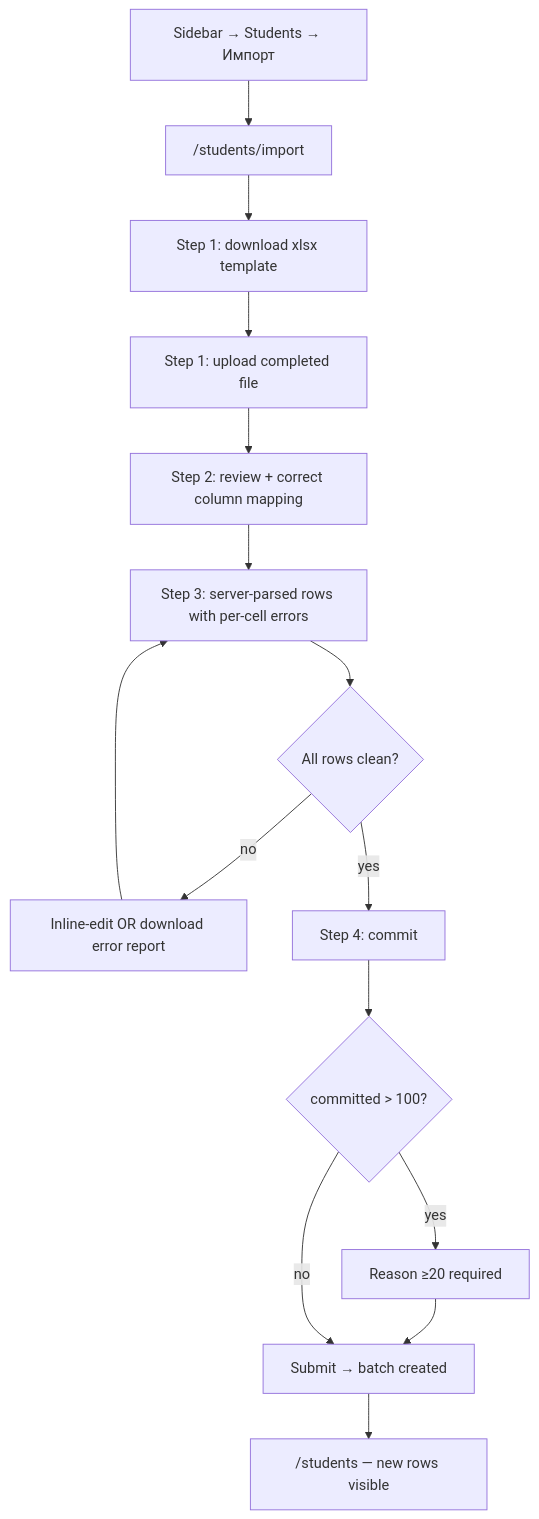
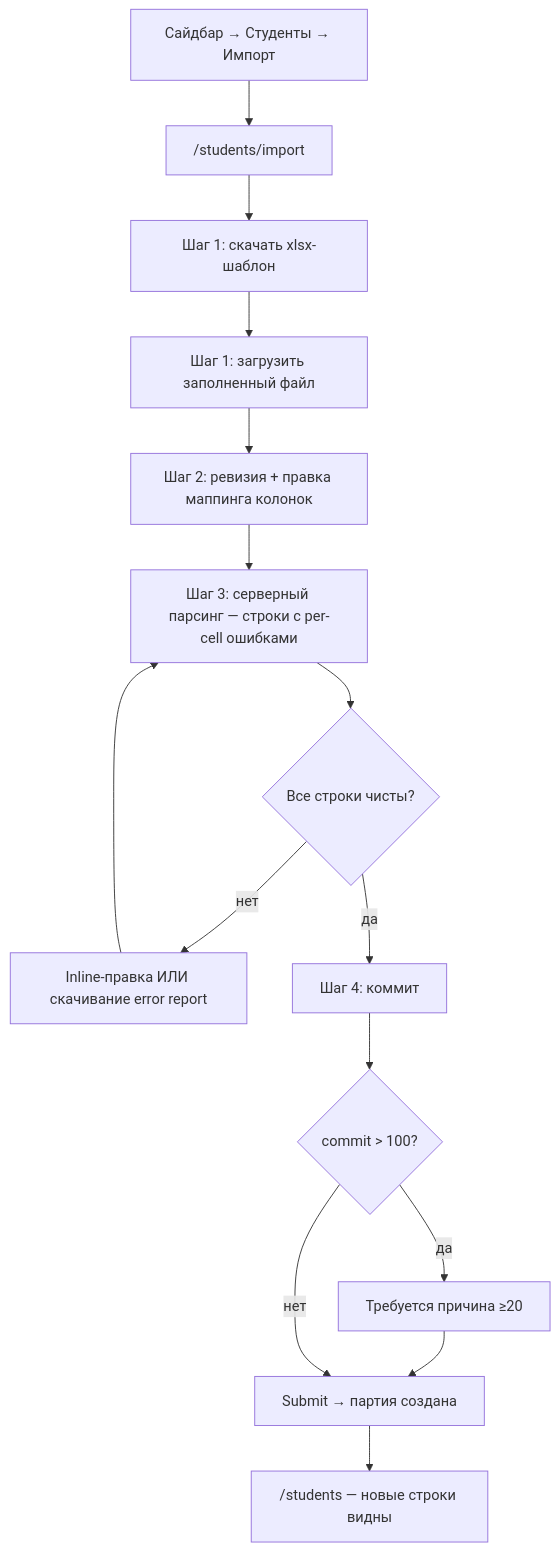
One commit to SardorAllaberganov/unipay-dashboard changed diagram 14 of 19 in docs/USER_FLOWS_BY_ROLE.md. Above: the diagram before and after it, drawn with Mermaid. The commit also changed other lines of this file and 1 other file, not shown here.

First line of the commit message:
docs: translate IA + role-flow docs to Russian

````diff
--- a/docs/USER_FLOWS_BY_ROLE.md
+++ b/docs/USER_FLOWS_BY_ROLE.md
@@ -506,17 +506,17 @@
 ```mermaid
 flowchart TD
-  A["Sidebar → Students → Импорт"] --> B["/students/import"]
-  B --> C["Step 1: download xlsx template"]
-  C --> D["Step 1: upload completed file"]
-  D --> E["Step 2: review + correct column mapping"]
-  E --> F["Step 3: server-parsed rows with per-cell errors"]
-  F --> G{All rows clean?}
-  G -->|no| H[Inline-edit OR download error report]
+  A["Сайдбар → Студенты → Импорт"] --> B["/students/import"]
+  B --> C["Шаг 1: скачать xlsx-шаблон"]
+  C --> D["Шаг 1: загрузить заполненный файл"]
+  D --> E["Шаг 2: ревизия + правка маппинга колонок"]
+  E --> F["Шаг 3: серверный парсинг — строки с per-cell ошибками"]
+  F --> G{Все строки чисты?}
+  G -->|нет| H[Inline-правка ИЛИ скачивание error report]
   H --> F
-  G -->|yes| I["Step 4: commit"]
-  I --> J{"committed > 100?"}
-  J -->|yes| K["Reason ≥20 required"]
-  K --> L["Submit → batch created"]
-  J -->|no| L
-  L --> M["/students — new rows visible"]
+  G -->|да| I["Шаг 4: коммит"]
+  I --> J{"commit > 100?"}
+  J -->|да| K["Требуется причина ≥20"]
+  K --> L["Submit → партия создана"]
+  J -->|нет| L
+  L --> M["/students — новые строки видны"]
 ```
````
